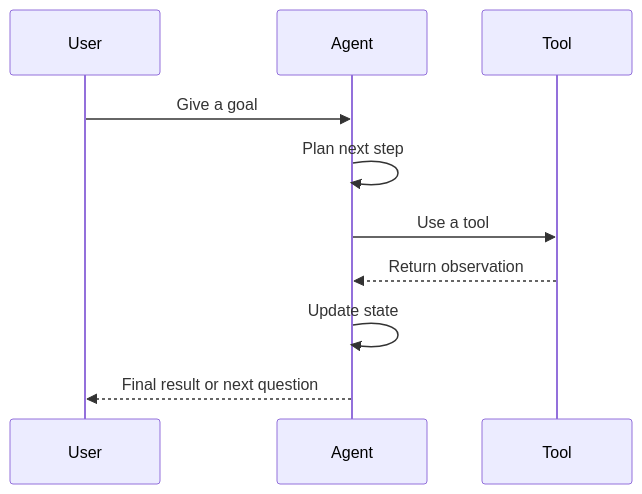
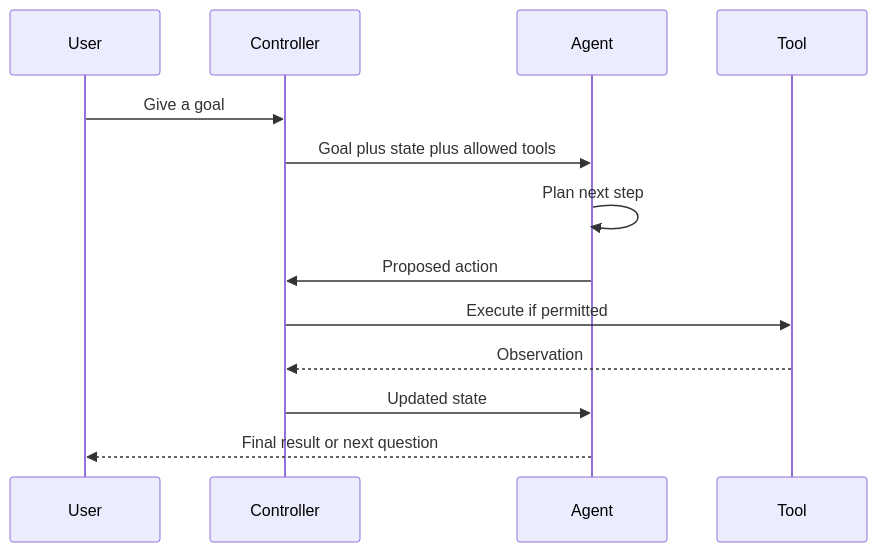
Before and after one commit to Asabeneh/30-Days-Of-AI-Engineering: the third of 13 diagrams in day_22/day_22_what_are_ai_agents.md, drawn with Mermaid. The commit also changed other lines of this file and 49 other files, not shown here.

````diff
--- a/day_22/day_22_what_are_ai_agents.md
+++ b/day_22/day_22_what_are_ai_agents.md
@@ -133,13 +177,16 @@
 ```mermaid
 sequenceDiagram
-        participant U as User
-        participant A as Agent
-        participant T as Tool
+    participant U as User
+    participant C as Controller
+    participant A as Agent
+    participant T as Tool
 
-        U->>A: Give a goal
-        A->>A: Plan next step
-        A->>T: Use a tool
-        T-->>A: Return observation
-        A->>A: Update state
-        A-->>U: Final result or next question
+    U->>C: Give a goal
+    C->>A: Goal plus state plus allowed tools
+    A->>A: Plan next step
+    A->>C: Proposed action
+    C->>T: Execute if permitted
+    T-->>C: Observation
+    C->>A: Updated state
+    A-->>U: Final result or next question
 ```
````
